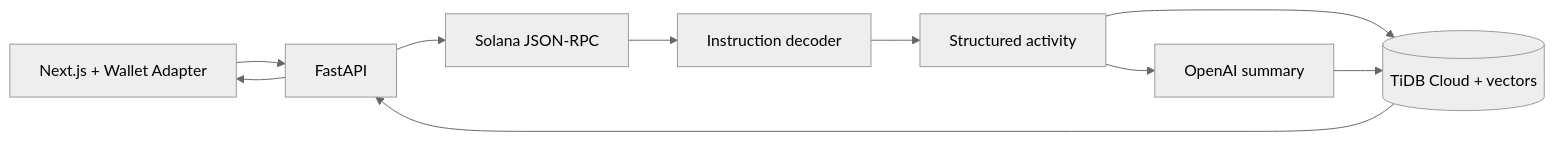
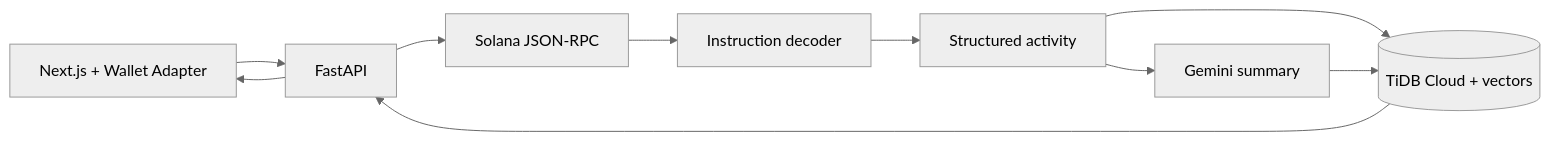
The diagram in docs/architecture.md (Ah-Riz/chainlens), drawn with Mermaid (neutral theme) before and after one commit. The commit also changed 15 other files, not shown here.

First line of the commit message:
Switch LLM provider from OpenAI to Google Gemini.

````diff
--- a/docs/architecture.md
+++ b/docs/architecture.md
@@ -9,12 +9,12 @@
 ```mermaid
 flowchart LR
   UI[Next.js + Wallet Adapter] --> API[FastAPI]
   API --> RPC[Solana JSON-RPC]
   RPC --> Parser[Instruction decoder]
   Parser --> Pipeline[Structured activity]
-  Pipeline --> LLM[OpenAI summary]
+  Pipeline --> LLM[Gemini summary]
   Pipeline --> Store[(TiDB Cloud + vectors)]
   LLM --> Store
   Store --> API
   API --> UI
 ```
````
